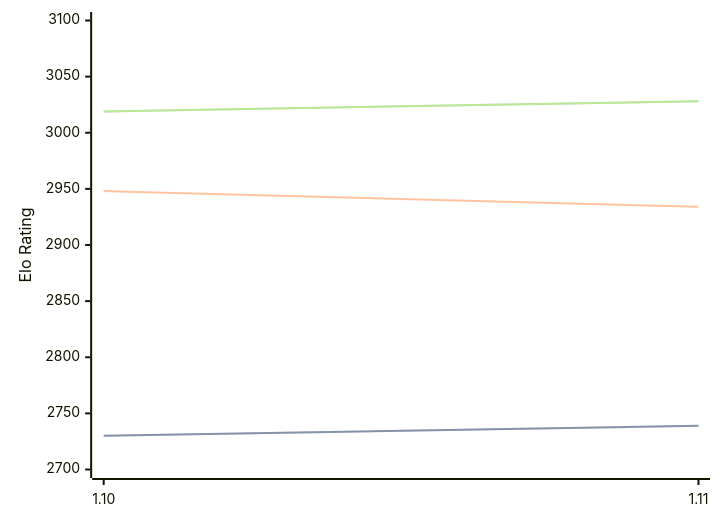
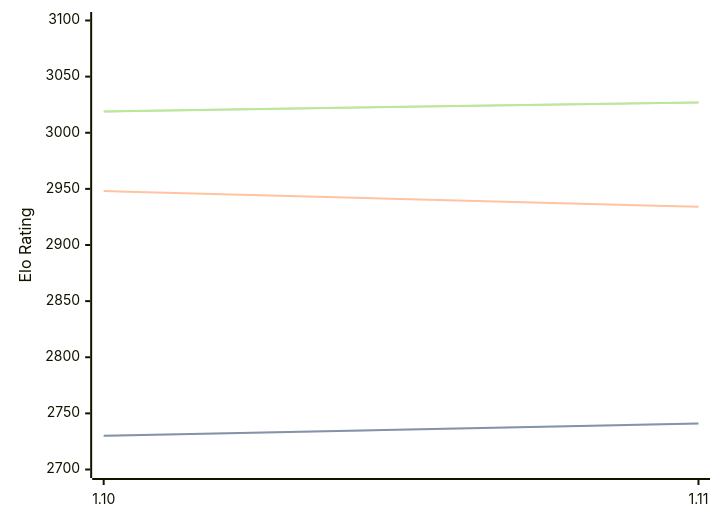
Before and after one commit to computer-chess-index/cci: the first of 3 diagrams in engines/Roc.md, drawn with Mermaid. The commit also changed other lines of this file, not shown here.

Commit message:
Update CCI Ratings (ELO VLTC) - 2026-07-13

````diff
--- a/engines/Roc.md
+++ b/engines/Roc.md
@@ -65,11 +65,11 @@
 ```mermaid
 %%{init: {"theme":"base","themeVariables":{"seriesColors:['#a3a3a3','#222221','#faa371']}}}%%
 xychart-beta
   x-axis ["1.10", "1.11"]
   y-axis "Elo Rating" 2700 --> 3100
-  line "STC (8.0+0.08s)" [2730, 2739]
-  line "STC (8.0+0.08s)" [2730, 2739]
+  line "STC (8.0+0.08s)" [2730, 2741]
+  line "STC (8.0+0.08s)" [2730, 2741]
   line "LTC (60.0+0.60s)" [2948, 2934]
-  line "VLTC (2m24s+1.12s)" [3019, 3028]
-  line "VLTC (2m24s+1.12s)" [3019, 3028]
+  line "VLTC (2m24s+1.12s)" [3019, 3027]
+  line "VLTC (2m24s+1.12s)" [3019, 3027]
 ```
````
